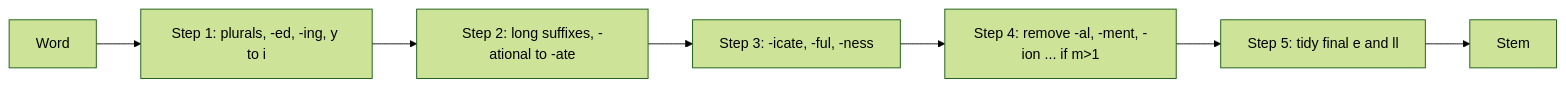
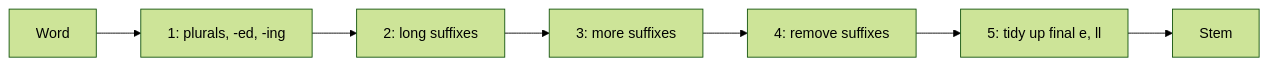
One commit to TrendySloth1001/sem-seven-notes changed the diagram in content/natural-language-processing/pyq/2024-12/q2b.mdx. Above: the diagram before and after it, drawn with Mermaid (forest theme). The commit also changed other lines of this file and 406 other files, not shown here.

````diff
--- a/content/natural-language-processing/pyq/2024-12/q2b.mdx
+++ b/content/natural-language-processing/pyq/2024-12/q2b.mdx
@@ -11,10 +17,10 @@
 ```mermaid
-%% caption: The five Porter steps run in order on every word. Each step may change the word or leave it as it is.
+%% caption: The five steps of the Porter stemmer. Rules in each step fire only if the condition on the stem is true.
 flowchart LR
-  W["Word"] --> S1["Step 1: plurals, -ed, -ing, y to i"]
-  S1 --> S2["Step 2: long suffixes, -ational to -ate"]
-  S2 --> S3["Step 3: -icate, -ful, -ness"]
-  S3 --> S4["Step 4: remove -al, -ment, -ion ... if m>1"]
-  S4 --> S5["Step 5: tidy final e and ll"]
-  S5 --> R["Stem"]
+  A["Word"] --> B["1: plurals, -ed, -ing"]
+  B --> C["2: long suffixes"]
+  C --> D["3: more suffixes"]
+  D --> E["4: remove suffixes"]
+  E --> F["5: tidy up final e, ll"]
+  F --> G["Stem"]
 ```
````
